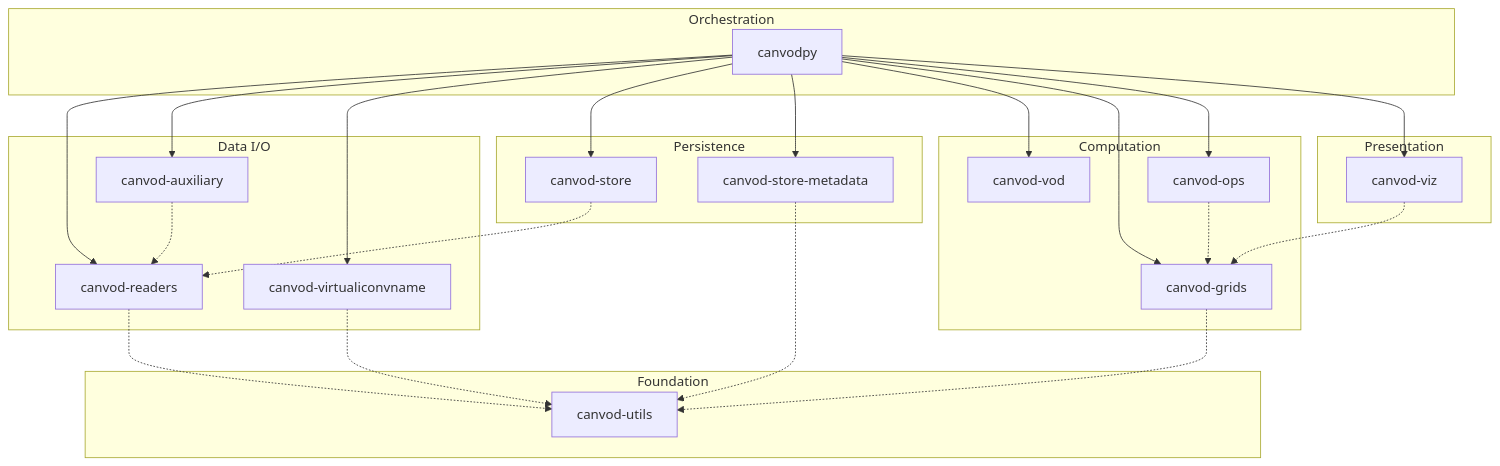
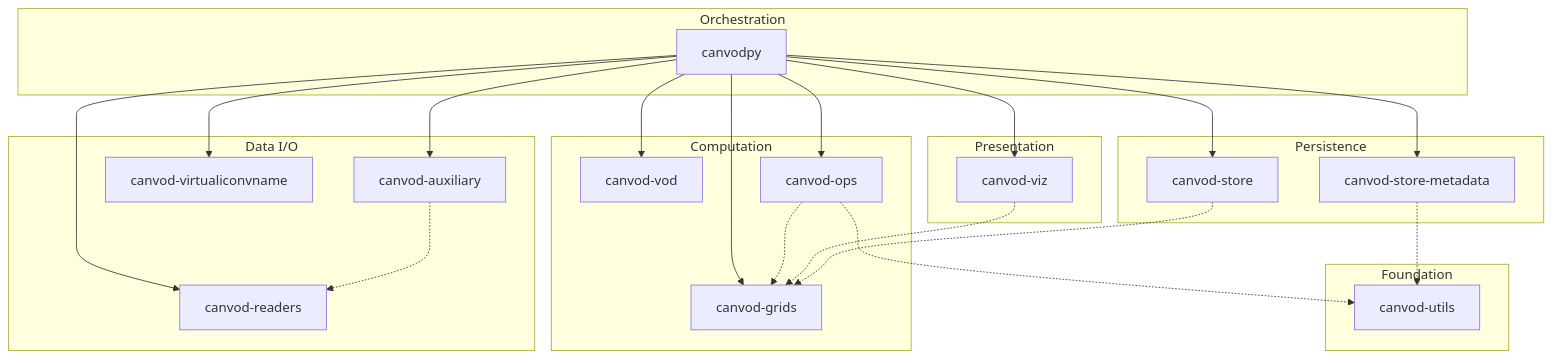
The first of 2 diagrams in docs/architecture.md (konstantinschellenberg/canvodpy), drawn with Mermaid before and after one commit. The commit also changed other lines of this file and 23 other files, not shown here.

````diff
--- a/docs/architecture.md
+++ b/docs/architecture.md
@@ -16,44 +16,42 @@
 ```mermaid
 graph TD
     subgraph ORCHESTRATION["Orchestration"]
         CANVODPY["canvodpy"]
     end
 
     subgraph COMPUTE["Computation"]
         VOD["canvod-vod"]
         GRIDS["canvod-grids"]
         OPS["canvod-ops"]
     end
 
     subgraph STORE_LAYER["Persistence"]
         STORE["canvod-store"]
         STOREMETA["canvod-store-metadata"]
     end
 
     subgraph DATAIO["Data I/O"]
         READERS["canvod-readers"]
         AUX["canvod-auxiliary"]
         NAMING["canvod-virtualiconvname"]
     end
 
     subgraph PRESENT["Presentation"]
         VIZ["canvod-viz"]
     end
 
     subgraph FOUNDATION["Foundation"]
         UTILS["canvod-utils"]
     end
 
     CANVODPY --> READERS & AUX & NAMING
     CANVODPY --> STORE & STOREMETA
     CANVODPY --> VOD & GRIDS & OPS & VIZ
 
     OPS -.-> GRIDS
+    OPS -.-> UTILS
     VIZ -.-> GRIDS
     AUX -.-> READERS
-    STORE -.-> READERS
+    STORE -.-> GRIDS
     STOREMETA -.-> UTILS
-    NAMING -.-> UTILS
-    READERS -.-> UTILS
-    GRIDS -.-> UTILS
 ```
````
